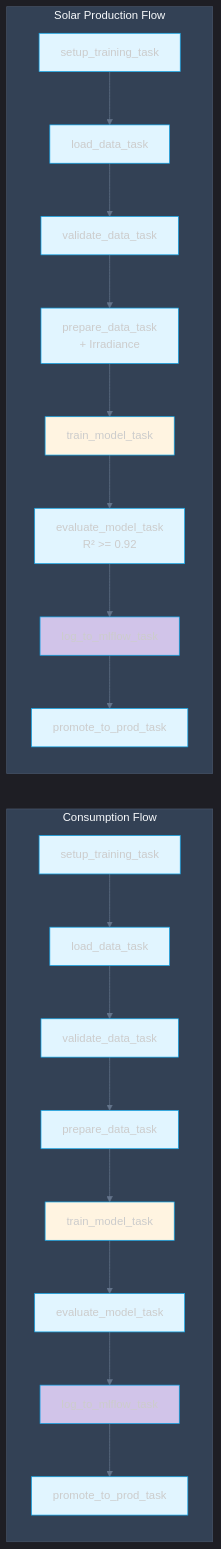
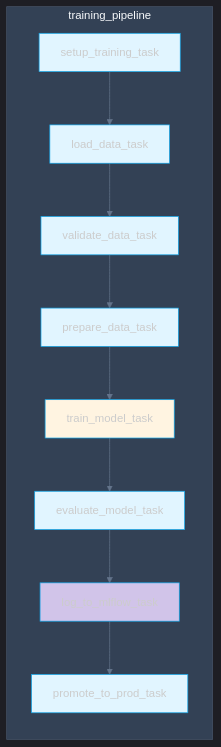
One commit to jinsudai/jinsudai changed the first of 3 diagrams in Services/docsify/docs/pipeline-entrainement.md. Above: the diagram before and after it, drawn with Mermaid. The commit also changed other lines of this file and 9 other files, not shown here.

````diff
--- a/Services/docsify/docs/pipeline-entrainement.md
+++ b/Services/docsify/docs/pipeline-entrainement.md
@@ -9,29 +9,17 @@
 ```mermaid
 %%{init: {'theme': 'dark', 'themeVariables': {'primaryColor': '#e1f5ff', 'primaryTextColor': '#1e293b', 'primaryBorderColor': '#0ea5e9', 'lineColor': '#64748b', 'secondaryColor': '#fff4e1', 'tertiaryColor': '#fce4ec', 'background': '#1e293b', 'mainBkg': '#e1f5ff', 'nodeBorder': '#0ea5e9', 'clusterBkg': '#334155', 'clusterBorder': '#475569', 'titleColor': '#f8fafc', 'edgeLabelBackground': '#1e293b'}}}%%
 graph LR
-    subgraph "Consumption Flow"
+    subgraph "training_pipeline"
         A1[setup_training_task] --> A2[load_data_task]
         A2 --> A3[validate_data_task]
         A3 --> A4[prepare_data_task]
         A4 --> A5[train_model_task]
         A5 --> A6[evaluate_model_task]
         A6 --> A7[log_to_mlflow_task]
         A7 --> A8[promote_to_prod_task]
     end
     
-    subgraph "Solar Production Flow"
-        B1[setup_training_task] --> B2[load_data_task]
-        B2 --> B3[validate_data_task]
-        B3 --> B4[prepare_data_task<br/>+ Irradiance]
-        B4 --> B5[train_model_task]
-        B5 --> B6[evaluate_model_task<br/>R² >= 0.92]
-        B6 --> B7[log_to_mlflow_task]
-        B7 --> B8[promote_to_prod_task]
-    end
-    
     style A1 fill:#e1f5ff
     style A5 fill:#fff4e1
     style A7 fill:#d1c4e9
-    style B5 fill:#fff4e1
-    style B7 fill:#d1c4e9
 ```
````
